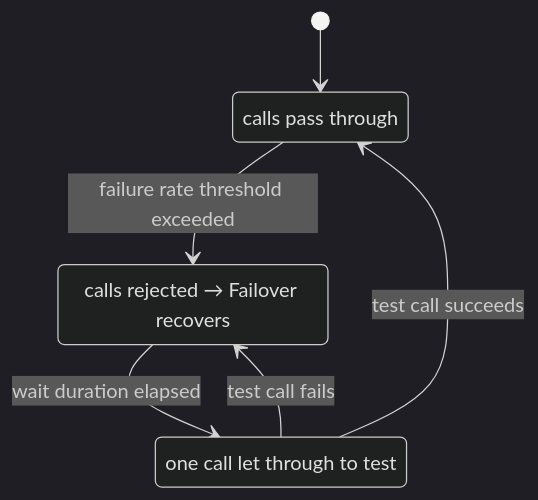
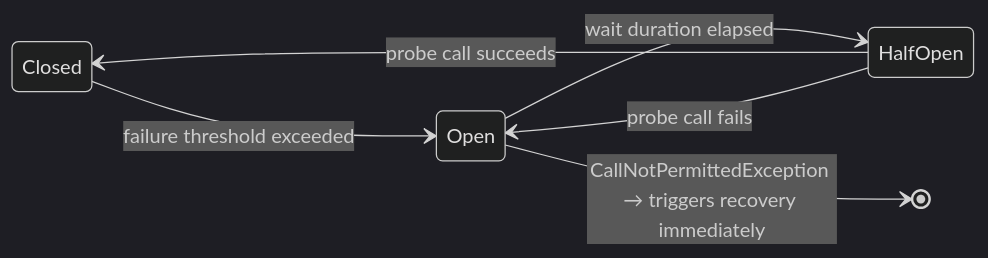
Before and after one commit to societe-generale/failover: the diagram in docs/modules/execution-resilience.md, drawn with Mermaid (dark theme). The commit also changed other lines of this file and 84 other files, not shown here.

````diff
--- a/docs/modules/execution-resilience.md
+++ b/docs/modules/execution-resilience.md
@@ -39,12 +45,9 @@
 ```mermaid
 stateDiagram-v2
-    [*] --> Closed
-    Closed --> Open : failure rate threshold exceeded
+    direction LR
+    Closed --> Open : failure threshold exceeded
     Open --> HalfOpen : wait duration elapsed
-    HalfOpen --> Closed : test call succeeds
-    HalfOpen --> Open : test call fails
-
-    Closed : calls pass through
-    Open : calls rejected → Failover recovers
-    HalfOpen : one call let through to test
+    HalfOpen --> Closed : probe call succeeds
+    HalfOpen --> Open : probe call fails
+    Open --> [*] : CallNotPermittedException → triggers recovery immediately
 ```
````
